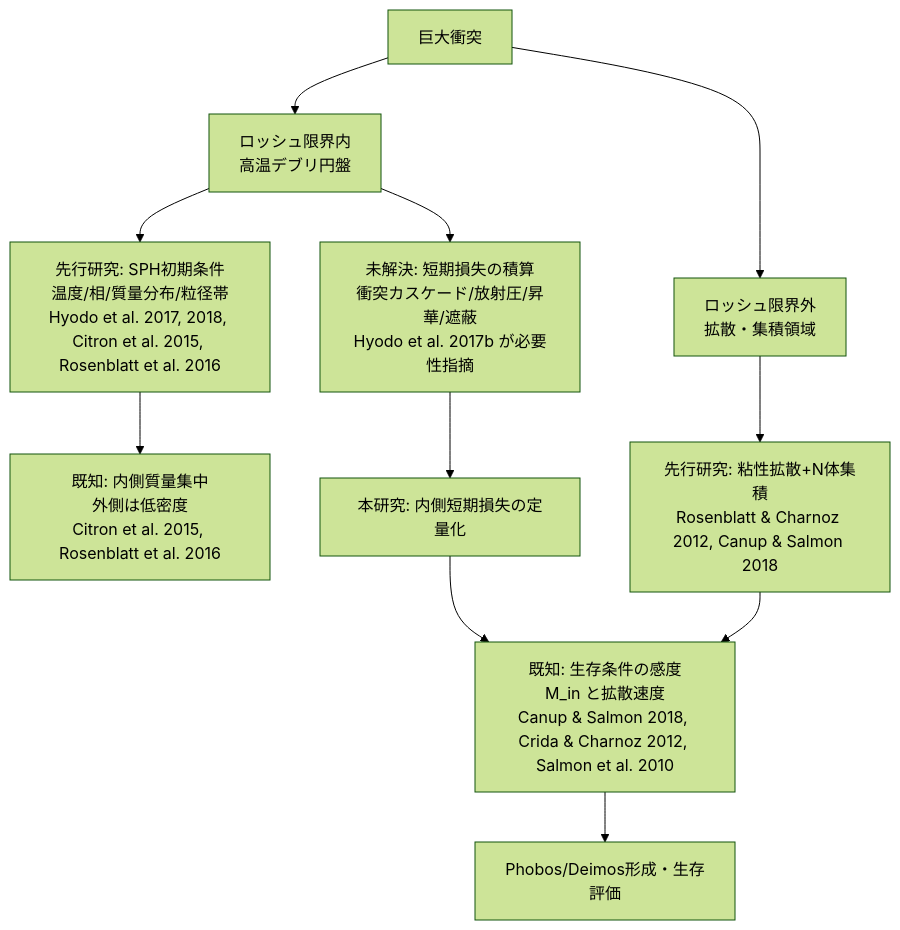
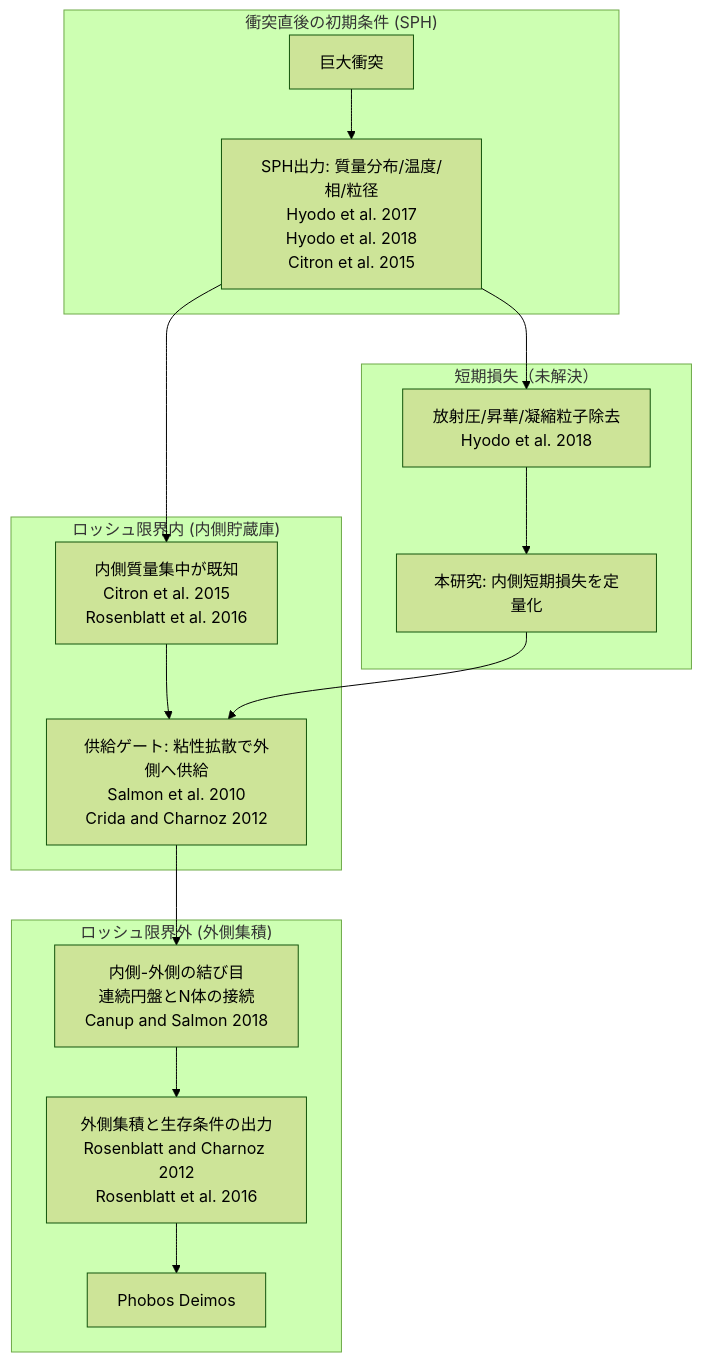
Before and after one commit to Einfeld686/MarsDiskSimulation: the diagram in analysis/introduction.md, drawn with Mermaid (forest theme). The commit also changed other lines of this file, not shown here.

Commit message:
Update analysis introduction

````diff
--- a/analysis/introduction.md
+++ b/analysis/introduction.md
@@ -49,15 +45,26 @@
 ```mermaid
-flowchart TD
-    A[巨大衝突] --> B[ロッシュ限界内<br/>高温デブリ円盤]
-    A --> C[ロッシュ限界外<br/>拡散・集積領域]
+flowchart TB
+    subgraph SPH["衝突直後の初期条件 (SPH)"]
+        A[巨大衝突]
+        B[SPH出力: 質量分布/温度/相/粒径<br/>Hyodo et al. 2017<br/>Hyodo et al. 2018<br/>Citron et al. 2015]
+    end
 
-    B --> B1[先行研究: SPH初期条件<br/>温度/相/質量分布/粒径帯<br/>Hyodo et al. 2017, 2018, Citron et al. 2015, Rosenblatt et al. 2016]
-    B1 --> B2[既知: 内側質量集中<br/>外側は低密度<br/>Citron et al. 2015, Rosenblatt et al. 2016]
-    B --> B3[未解決: 短期損失の積算<br/>衝突カスケード/放射圧/昇華/遮蔽<br/>Hyodo et al. 2017b が必要性指摘]
-    B3 --> D[本研究: 内側短期損失の定量化]
+    subgraph INNER["ロッシュ限界内 (内側貯蔵庫)"]
+        C[内側質量集中が既知<br/>Citron et al. 2015<br/>Rosenblatt et al. 2016]
+        D[供給ゲート: 粘性拡散で外側へ供給<br/>Salmon et al. 2010<br/>Crida and Charnoz 2012]
+    end
 
-    C --> C1[先行研究: 粘性拡散+N体集積<br/>Rosenblatt & Charnoz 2012, Canup & Salmon 2018]
-    C1 --> C2[既知: 生存条件の感度<br/>M_in と拡散速度<br/>Canup & Salmon 2018, Crida & Charnoz 2012, Salmon et al. 2010]
-    D --> C2
-    C2 --> F[Phobos/Deimos形成・生存評価]
+    subgraph OUTER["ロッシュ限界外 (外側集積)"]
+        E[内側-外側の結び目<br/>連続円盤とN体の接続<br/>Canup and Salmon 2018]
+        F[外側集積と生存条件の出力<br/>Rosenblatt and Charnoz 2012<br/>Rosenblatt et al. 2016]
+        G[Phobos Deimos]
+    end
+
+    subgraph LOSS["短期損失（未解決）"]
+        H[放射圧/昇華/凝縮粒子除去<br/>Hyodo et al. 2018]
+        I[本研究: 内側短期損失を定量化]
+    end
+
+    A --> B --> C --> D --> E --> F --> G
+    B --> H --> I --> D
 ```
````
